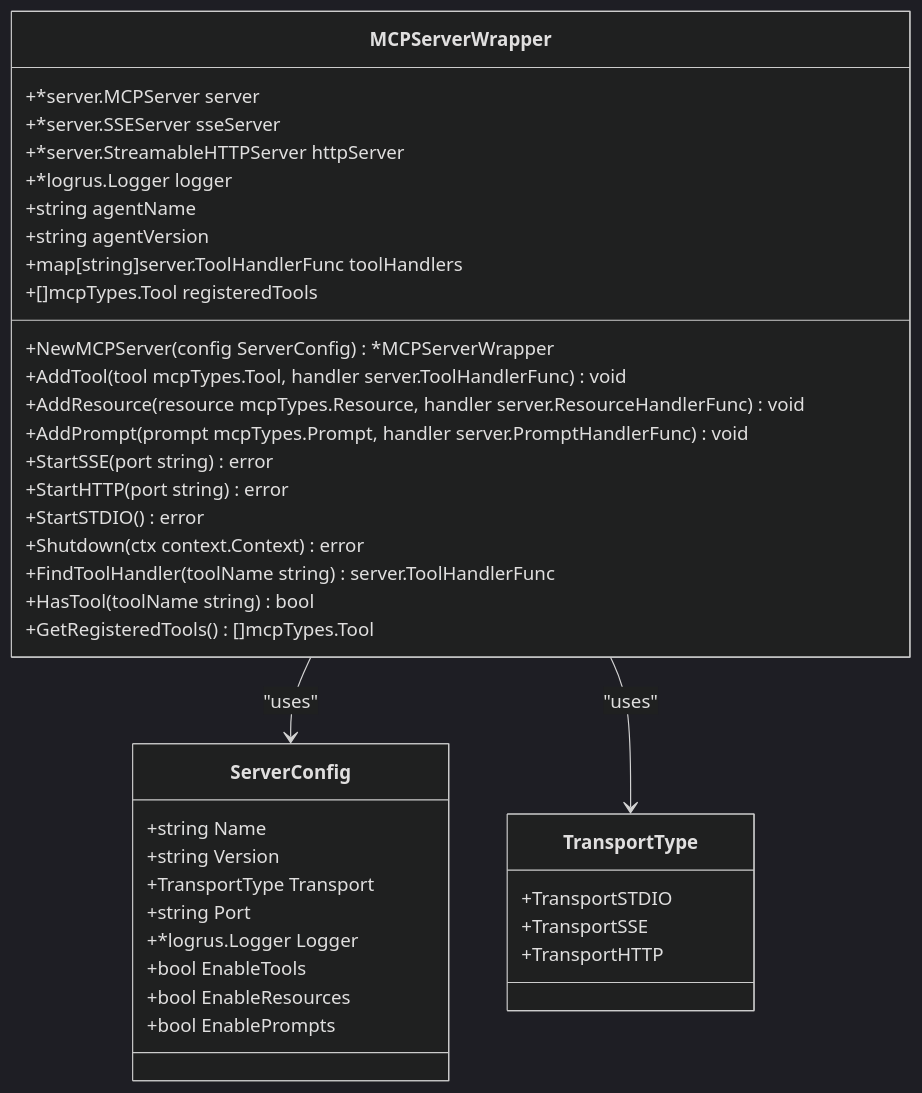
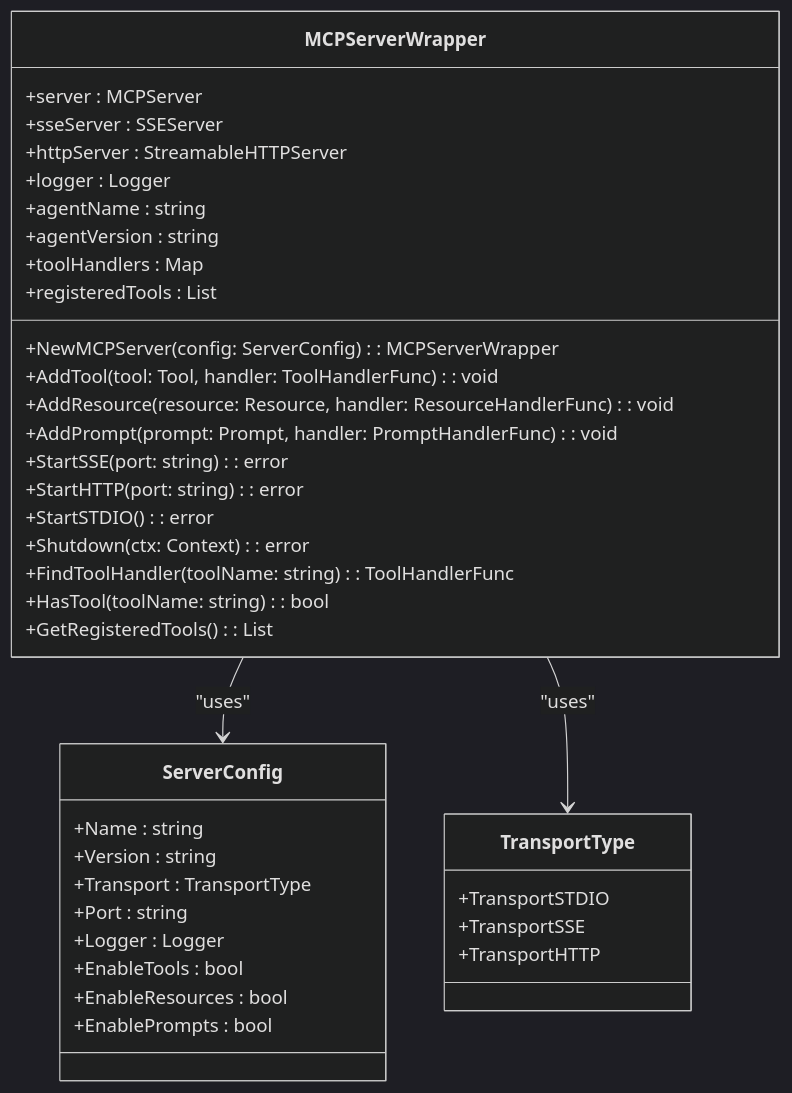
One commit to prxs-ai/praxis-go-sdk changed the third of 9 diagrams in docs/Architecture Overview/Model Context Protocol (MCP) Integration/MCP Server Implementation.md. Above: the diagram before and after it, drawn with Mermaid (dark theme). The commit also changed other lines of this file and 141 other files, not shown here.

````diff
--- a/docs/Architecture Overview/Model Context Protocol (MCP) Integration/MCP Server Implementation.md
+++ b/docs/Architecture Overview/Model Context Protocol (MCP) Integration/MCP Server Implementation.md
@@ -117,41 +117,41 @@
 ```mermaid
 classDiagram
 class MCPServerWrapper {
-+*server.MCPServer server
-+*server.SSEServer sseServer
-+*server.StreamableHTTPServer httpServer
-+*logrus.Logger logger
-+string agentName
-+string agentVersion
-+map[string]server.ToolHandlerFunc toolHandlers
-+[]mcpTypes.Tool registeredTools
-+NewMCPServer(config ServerConfig) *MCPServerWrapper
-+AddTool(tool mcpTypes.Tool, handler server.ToolHandlerFunc) void
-+AddResource(resource mcpTypes.Resource, handler server.ResourceHandlerFunc) void
-+AddPrompt(prompt mcpTypes.Prompt, handler server.PromptHandlerFunc) void
-+StartSSE(port string) error
-+StartHTTP(port string) error
-+StartSTDIO() error
-+Shutdown(ctx context.Context) error
-+FindToolHandler(toolName string) server.ToolHandlerFunc
-+HasTool(toolName string) bool
-+GetRegisteredTools() []mcpTypes.Tool
++server : MCPServer
++sseServer : SSEServer
++httpServer : StreamableHTTPServer
++logger : Logger
++agentName : string
++agentVersion : string
++toolHandlers : Map<string, ToolHandlerFunc>
++registeredTools : List<Tool>
++NewMCPServer(config: ServerConfig) : MCPServerWrapper
++AddTool(tool: Tool, handler: ToolHandlerFunc) : void
++AddResource(resource: Resource, handler: ResourceHandlerFunc) : void
++AddPrompt(prompt: Prompt, handler: PromptHandlerFunc) : void
++StartSSE(port: string) : error
++StartHTTP(port: string) : error
++StartSTDIO() : error
++Shutdown(ctx: Context) : error
++FindToolHandler(toolName: string) : ToolHandlerFunc
++HasTool(toolName: string) : bool
++GetRegisteredTools() : List<Tool>
 }
 class ServerConfig {
-+string Name
-+string Version
-+TransportType Transport
-+string Port
-+*logrus.Logger Logger
-+bool EnableTools
-+bool EnableResources
-+bool EnablePrompts
++Name : string
++Version : string
++Transport : TransportType
++Port : string
++Logger : Logger
++EnableTools : bool
++EnableResources : bool
++EnablePrompts : bool
 }
 class TransportType {
 +TransportSTDIO
 +TransportSSE
 +TransportHTTP
 }
 MCPServerWrapper --> ServerConfig : "uses"
 MCPServerWrapper --> TransportType : "uses"
 ```
````
